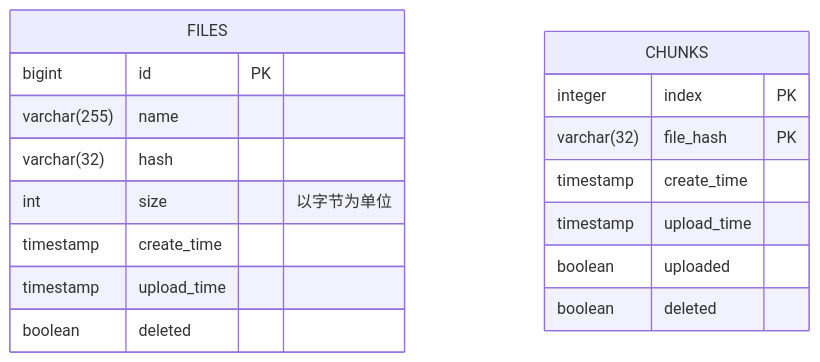
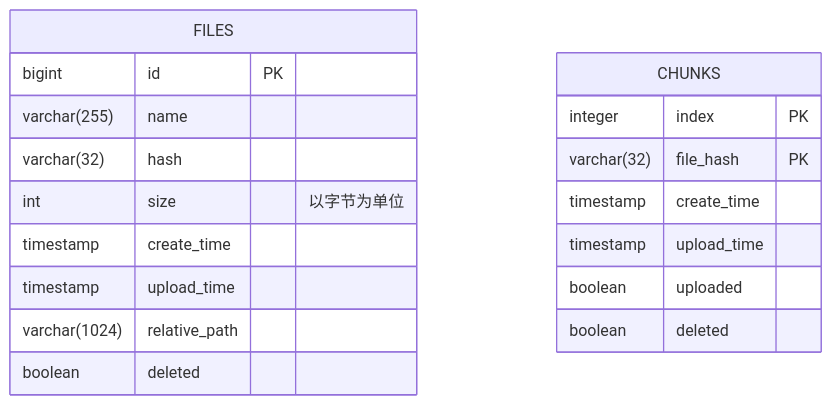
One commit to niuiic/file-service changed the third of 11 diagrams in README.md. Above: the diagram before and after it, drawn with Mermaid. The commit also changed other lines of this file, not shown here.

````diff
--- a/README.md
+++ b/README.md
@@ -90,21 +105,22 @@
 ```mermaid
 erDiagram
     FILES {
         bigint id PK
         varchar(255) name
         varchar(32) hash
         int size "以字节为单位"
         timestamp create_time
         timestamp upload_time
+        varchar(1024) relative_path
         boolean deleted
     }
 
     CHUNKS {
         integer index PK
         varchar(32) file_hash PK
         timestamp create_time
         timestamp upload_time
         boolean uploaded
         boolean deleted
     }
 ```
````
